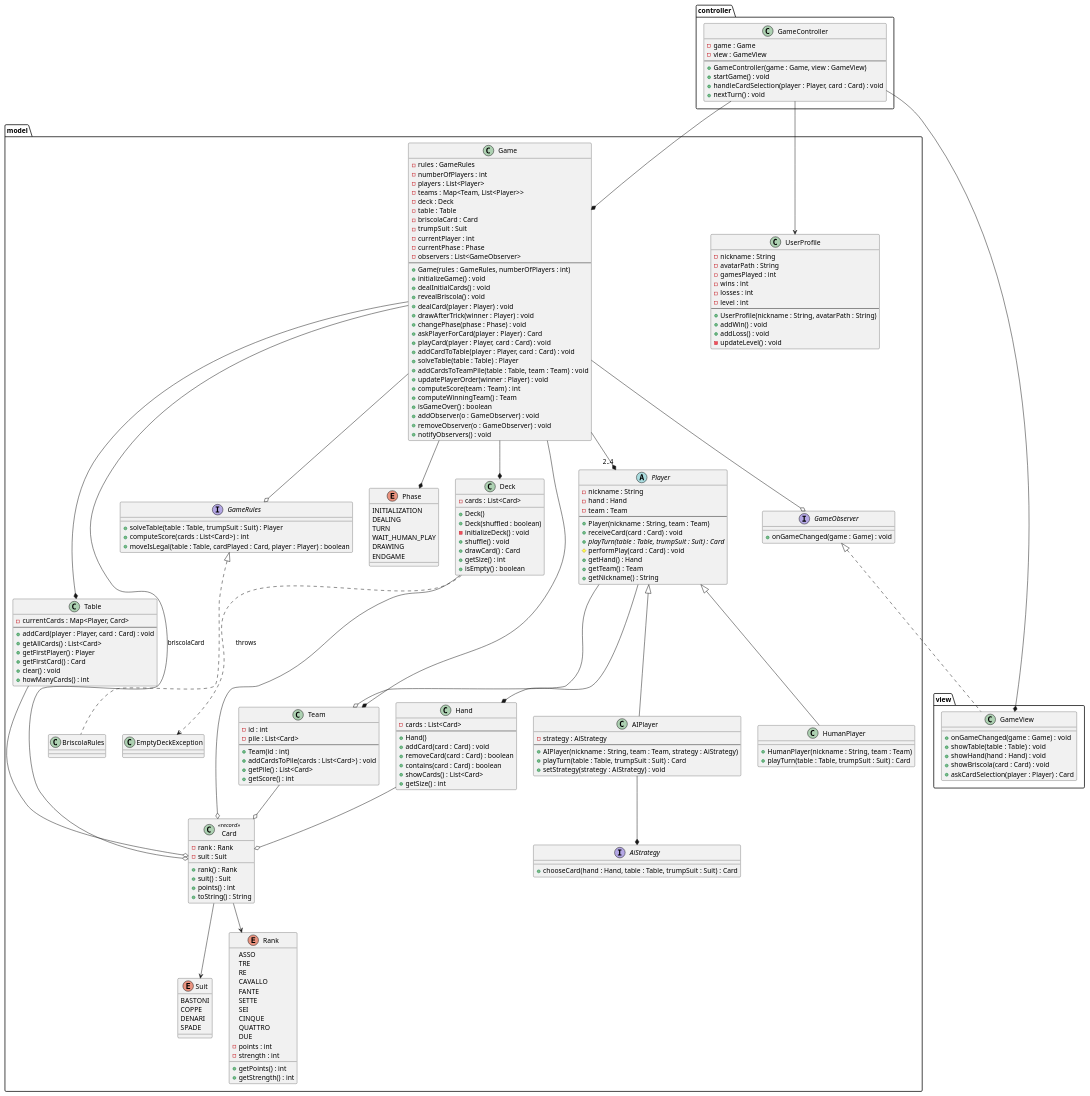
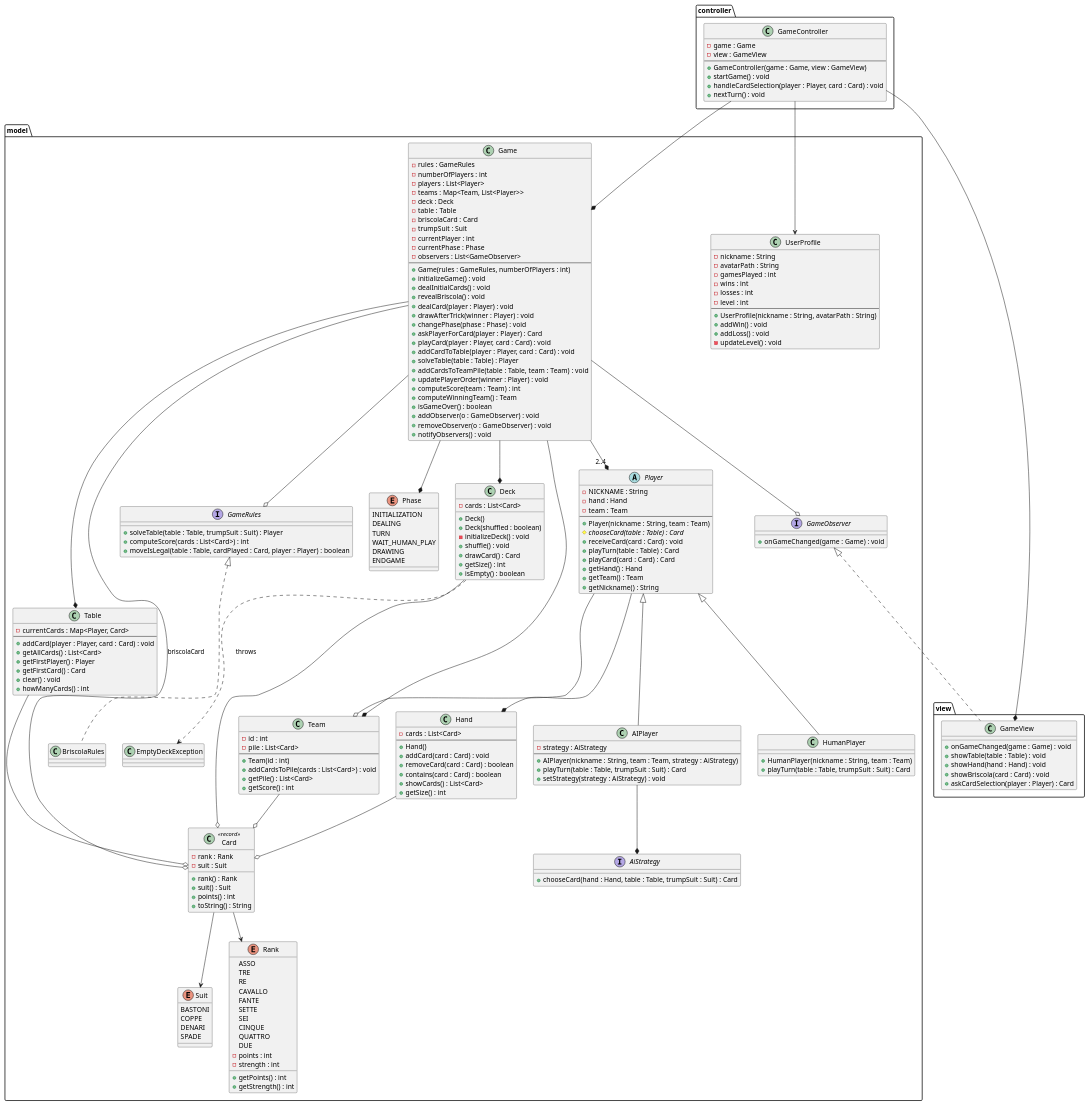
One commit to edodicosimo/JBriscola changed the diagram in docs/briscola.puml. Above: the diagram before and after it, drawn with PlantUML. The commit also changed 1 other file, not shown here.

Commit message:
feat: Player can now play cards

```diff
--- a/docs/briscola.puml
+++ b/docs/briscola.puml
@@ -132,14 +132,15 @@
     }
 
     abstract class Player {
-        - nickname : String
+        - NICKNAME : String
         - hand : Hand
         - team : Team
         --
         + Player(nickname : String, team : Team)
+        # {abstract} chooseCard(table : Table) : Card
         + receiveCard(card : Card) : void
-        + {abstract} playTurn(table : Table, trumpSuit : Suit) : Card
-        # performPlay(card : Card) : void
+        + playTurn(table : Table) : Card
+        + playCard(card : Card) : Card
         + getHand() : Hand
         + getTeam() : Team
         + getNickname() : String
```
